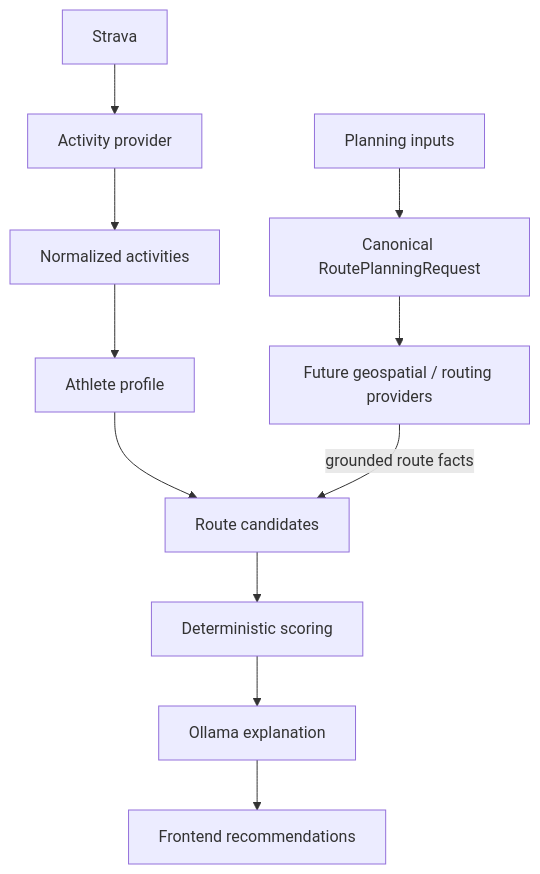
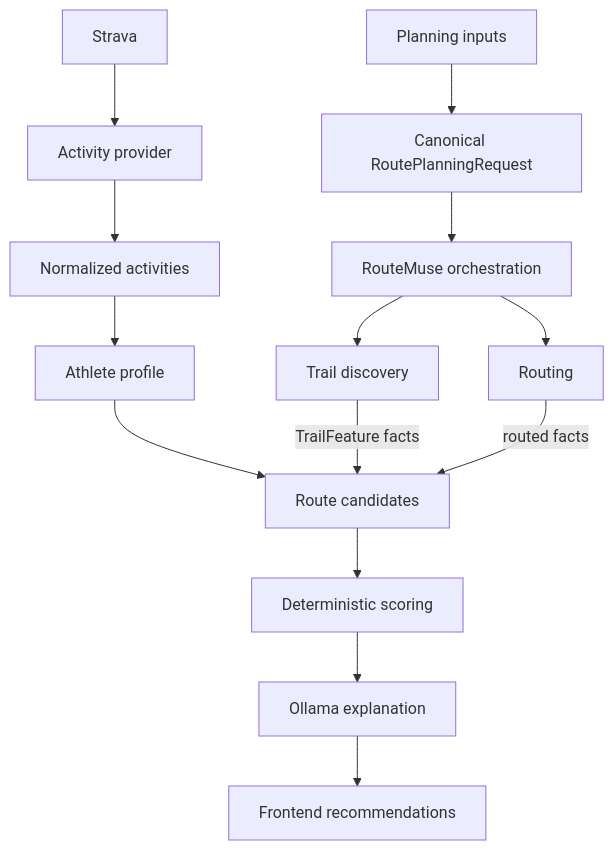
The diagram in docs/architecture.md (PooriaT/RouteMuse), drawn with Mermaid before and after one commit. The commit also changed other lines of this file and 5 other files, not shown here.

````diff
--- a/docs/architecture.md
+++ b/docs/architecture.md
@@ -5,13 +5,16 @@
 ```mermaid
 flowchart TD
   S[Strava] --> AP[Activity provider]
   AP --> N[Normalized activities]
   N --> A[Athlete profile]
   A --> RC[Route candidates]
   L[Planning inputs] --> PR[Canonical RoutePlanningRequest]
-  PR --> GP[Future geospatial / routing providers]
-  GP -->|grounded route facts| RC
+  PR --> OR[RouteMuse orchestration]
+  OR --> TD[Trail discovery]
+  OR --> RP[Routing]
+  TD -->|TrailFeature facts| RC
+  RP -->|routed facts| RC
   RC --> D[Deterministic scoring]
   D --> O[Ollama explanation]
   O --> U[Frontend recommendations]
 ```
````
